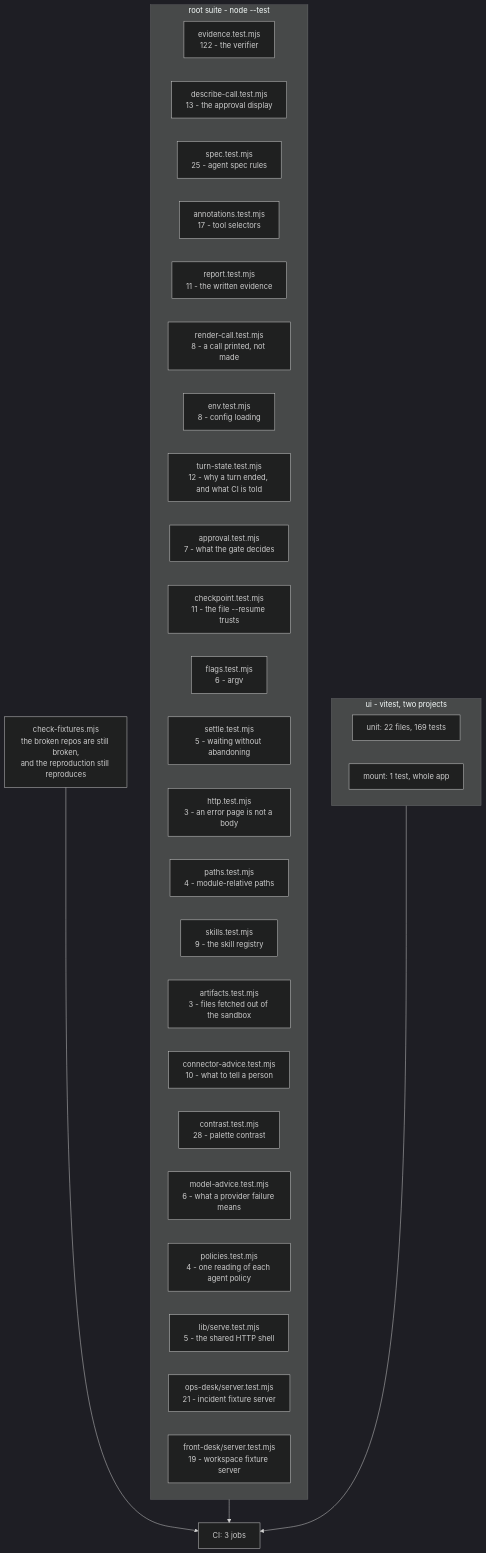
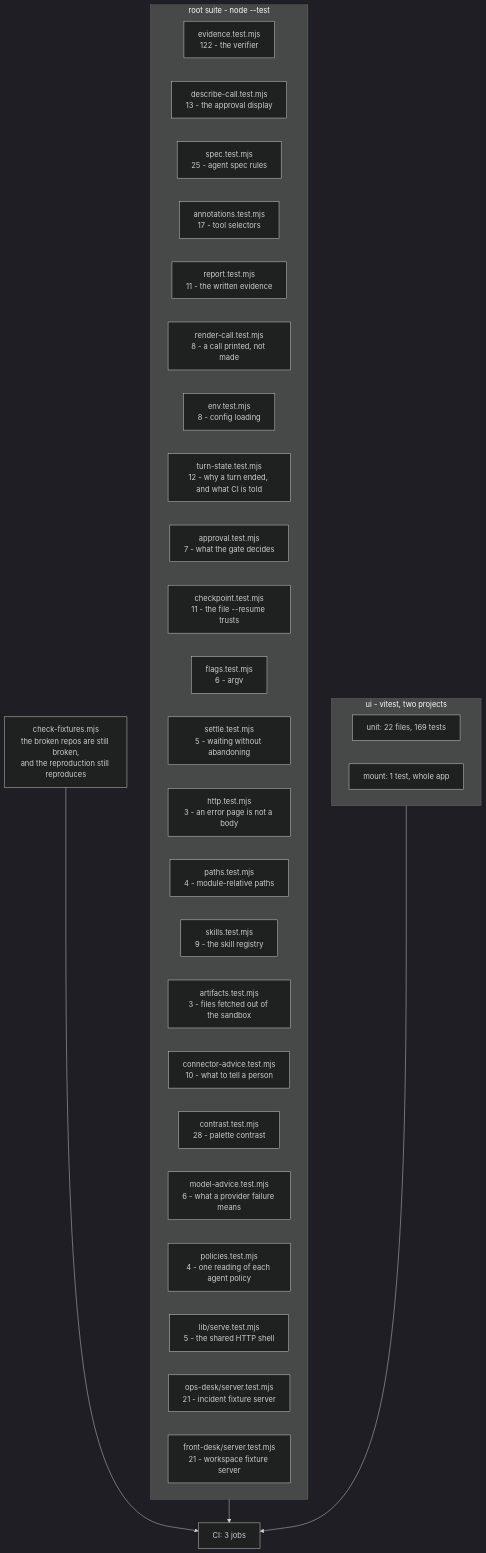
The diagram in TESTING.md (manumishra12/quartermaster), drawn with Mermaid (dark theme) before and after one commit. The commit also changed other lines of this file and 8 other files, not shown here.

````diff
--- a/TESTING.md
+++ b/TESTING.md
@@ -30,39 +30,39 @@
 ```mermaid
 flowchart TD
   subgraph root["root suite - node --test"]
     EV["evidence.test.mjs<br/>122 - the verifier"]
     DC["describe-call.test.mjs<br/>13 - the approval display"]
     SP["spec.test.mjs<br/>25 - agent spec rules"]
     AN["annotations.test.mjs<br/>17 - tool selectors"]
     RP["report.test.mjs<br/>11 - the written evidence"]
     RC["render-call.test.mjs<br/>8 - a call printed, not made"]
     EN["env.test.mjs<br/>8 - config loading"]
     TS["turn-state.test.mjs<br/>12 - why a turn ended, and what CI is told"]
     AP["approval.test.mjs<br/>7 - what the gate decides"]
     CK["checkpoint.test.mjs<br/>11 - the file --resume trusts"]
     FL["flags.test.mjs<br/>6 - argv"]
     ST["settle.test.mjs<br/>5 - waiting without abandoning"]
     HT["http.test.mjs<br/>3 - an error page is not a body"]
     PA["paths.test.mjs<br/>4 - module-relative paths"]
     SK["skills.test.mjs<br/>9 - the skill registry"]
     AR["artifacts.test.mjs<br/>3 - files fetched out of the sandbox"]
     CA["connector-advice.test.mjs<br/>10 - what to tell a person"]
     CO["contrast.test.mjs<br/>28 - palette contrast"]
     MA["model-advice.test.mjs<br/>6 - what a provider failure means"]
     PO["policies.test.mjs<br/>4 - one reading of each agent policy"]
     SV["lib/serve.test.mjs<br/>5 - the shared HTTP shell"]
     OD["ops-desk/server.test.mjs<br/>21 - incident fixture server"]
-    FD["front-desk/server.test.mjs<br/>19 - workspace fixture server"]
+    FD["front-desk/server.test.mjs<br/>21 - workspace fixture server"]
   end
 
   subgraph ui["ui - vitest, two projects"]
     U1["unit: 22 files, 169 tests"]
     U2["mount: 1 test, whole app"]
   end
 
   FX["check-fixtures.mjs<br/>the broken repos are still broken,<br/>and the reproduction still reproduces"]
 
   root --> CI["CI: 3 jobs"]
   ui --> CI
   FX --> CI
 ```
````
